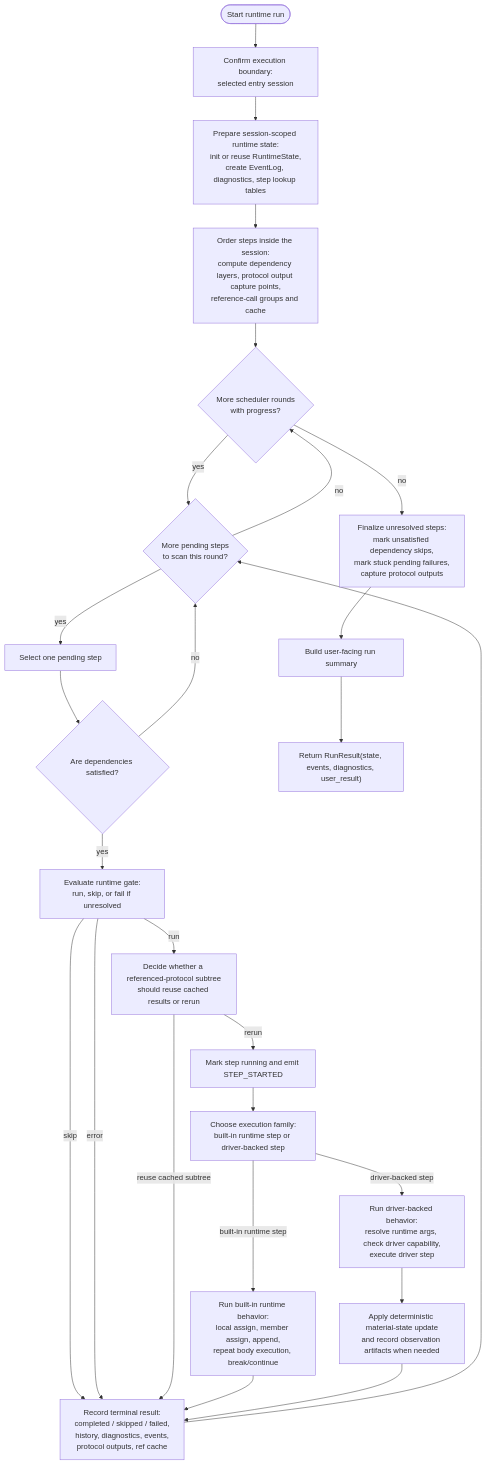
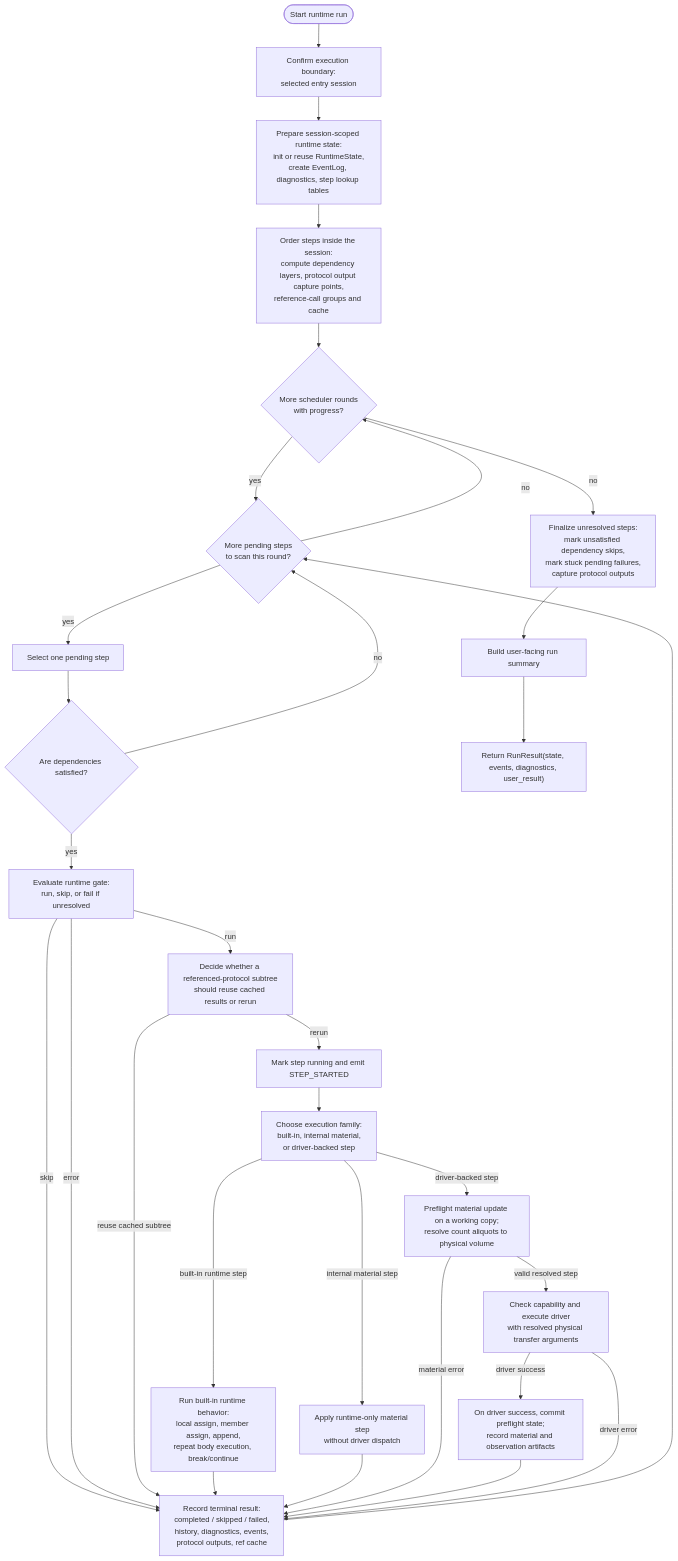
Before and after one commit to culsma/culsma: the first of 11 diagrams in docs/architecture/runtime_module_diagrams.md, drawn with Mermaid. The commit also changed other lines of this file and 30 other files, not shown here.

````diff
--- a/docs/architecture/runtime_module_diagrams.md
+++ b/docs/architecture/runtime_module_diagrams.md
@@ -50,48 +50,55 @@
 ```mermaid
 flowchart TB
     Start(["Start runtime run"])
     Boundary["Confirm execution boundary:<br/>selected entry session"]
     Init["Prepare session-scoped runtime state:<br/>init or reuse RuntimeState,<br/>create EventLog, diagnostics, step lookup tables"]
     Order["Order steps inside the session:<br/>compute dependency layers, protocol output capture points,<br/>reference-call groups and cache"]
     RoundLoop{"More scheduler rounds<br/>with progress?"}
     StepLoop{"More pending steps<br/>to scan this round?"}
     Select["Select one pending step"]
     Deps{"Are dependencies satisfied?"}
     Gate["Evaluate runtime gate:<br/>run, skip, or fail if unresolved"]
     Ref["Decide whether a referenced-protocol subtree<br/>should reuse cached results or rerun"]
     StartStep["Mark step running and emit STEP_STARTED"]
-    Family["Choose execution family:<br/>built-in runtime step or driver-backed step"]
+    Family["Choose execution family:<br/>built-in, internal material,<br/>or driver-backed step"]
     BuiltIn["Run built-in runtime behavior:<br/>local assign, member assign, append,<br/>repeat body execution, break/continue"]
-    DriverPath["Run driver-backed behavior:<br/>resolve runtime args, check driver capability,<br/>execute driver step"]
-    Material["Apply deterministic material-state update<br/>and record observation artifacts when needed"]
+    InternalMaterial["Apply runtime-only material step<br/>without driver dispatch"]
+    Preflight["Preflight material update on a working copy;<br/>resolve count aliquots to physical volume"]
+    DriverPath["Check capability and execute driver<br/>with resolved physical transfer arguments"]
+    Material["On driver success, commit preflight state;<br/>record material and observation artifacts"]
     Finish["Record terminal result:<br/>completed / skipped / failed,<br/>history, diagnostics, events,<br/>protocol outputs, ref cache"]
     Finalize["Finalize unresolved steps:<br/>mark unsatisfied dependency skips,<br/>mark stuck pending failures,<br/>capture protocol outputs"]
     Build["Build user-facing run summary"]
     Return["Return RunResult(state, events, diagnostics, user_result)"]
 
     Start --> Boundary
     Boundary --> Init
     Init --> Order
     Order --> RoundLoop
     RoundLoop -->|yes| StepLoop
     StepLoop -->|yes| Select
     Select --> Deps
     Deps -->|no| StepLoop
     Deps -->|yes| Gate
     Gate -->|skip| Finish
     Gate -->|error| Finish
     Gate -->|run| Ref
     Ref -->|reuse cached subtree| Finish
     Ref -->|rerun| StartStep
     StartStep --> Family
     Family -->|built-in runtime step| BuiltIn
-    Family -->|driver-backed step| DriverPath
+    Family -->|internal material step| InternalMaterial
+    Family -->|driver-backed step| Preflight
     BuiltIn --> Finish
-    DriverPath --> Material
+    InternalMaterial --> Finish
+    Preflight -->|material error| Finish
+    Preflight -->|valid resolved step| DriverPath
     Material --> Finish
+    DriverPath -->|driver success| Material
+    DriverPath -->|driver error| Finish
     Finish --> StepLoop
     StepLoop -->|no| RoundLoop
     RoundLoop -->|no| Finalize
     Finalize --> Build
     Build --> Return
 ```
````
